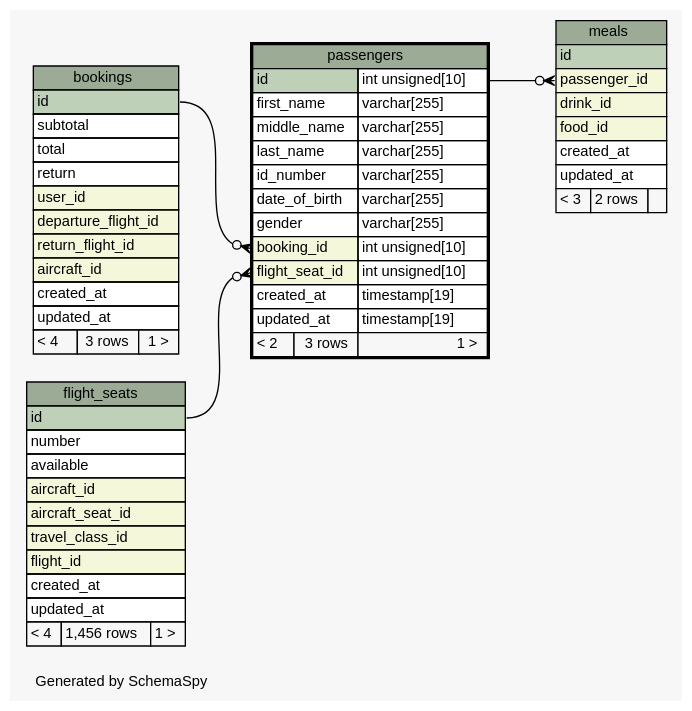
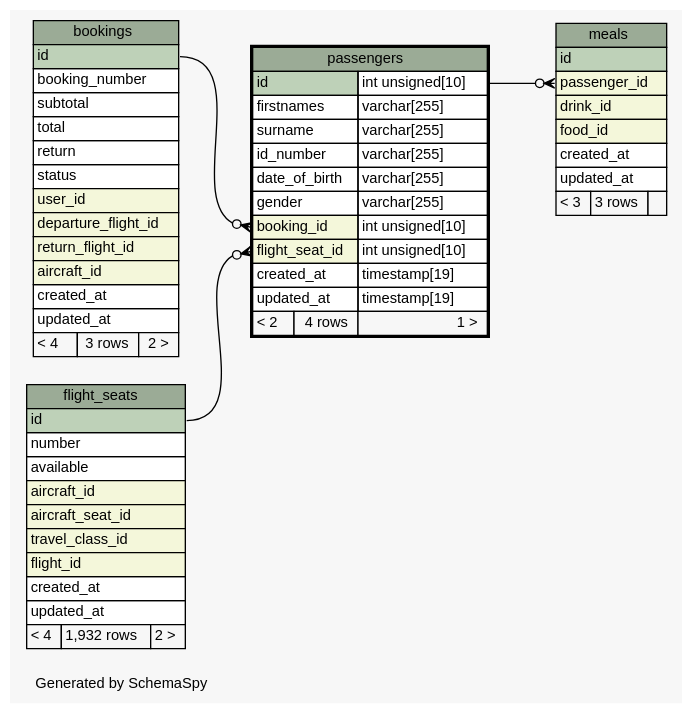
Before and after one commit to joaonzangoII/flightbookingsystem: the diagram in web/app/database/schema/diagrams/passengers.1degree.dot, drawn with Graphviz. The commit also changed 441 other files, not shown here.

```diff
--- a/web/app/database/schema/diagrams/passengers.1degree.dot
+++ b/web/app/database/schema/diagrams/passengers.1degree.dot
@@ -1,97 +1,98 @@
-// dot 2.38.0 on Linux 4.8.0-49-generic
+// dot 2.38.0 on Linux 4.10.0-21-generic
 // SchemaSpy rev 590
 digraph "oneDegreeRelationshipsDiagram" {
   graph [
     rankdir="RL"
     bgcolor="#f7f7f7"
     label="\nGenerated by SchemaSpy"
     labeljust="l"
     nodesep="0.18"
     ranksep="0.46"
     fontname="Helvetica"
     fontsize="11"
   ];
   node [
     fontname="Helvetica"
     fontsize="11"
     shape="plaintext"
   ];
   edge [
     arrowsize="0.8"
   ];
   "meals":"passenger_id":w -> "passengers":"id.type":e [arrowhead=none dir=back arrowtail=crowodot];
   "passengers":"booking_id":w -> "bookings":"id":e [arrowhead=none dir=back arrowtail=crowodot];
   "passengers":"flight_seat_id":w -> "flight_seats":"id":e [arrowhead=none dir=back arrowtail=crowodot];
   "bookings" [
     label=<
     <TABLE BORDER="0" CELLBORDER="1" CELLSPACING="0" BGCOLOR="#ffffff">
       <TR><TD COLSPAN="3" BGCOLOR="#9bab96" ALIGN="CENTER">bookings</TD></TR>
       <TR><TD PORT="id" COLSPAN="3" BGCOLOR="#bed1b8" ALIGN="LEFT">id</TD></TR>
+      <TR><TD PORT="booking_number" COLSPAN="3" ALIGN="LEFT">booking_number</TD></TR>
       <TR><TD PORT="subtotal" COLSPAN="3" ALIGN="LEFT">subtotal</TD></TR>
       <TR><TD PORT="total" COLSPAN="3" ALIGN="LEFT">total</TD></TR>
       <TR><TD PORT="return" COLSPAN="3" ALIGN="LEFT">return</TD></TR>
+      <TR><TD PORT="status" COLSPAN="3" ALIGN="LEFT">status</TD></TR>
       <TR><TD PORT="user_id" COLSPAN="3" BGCOLOR="#f4f7da" ALIGN="LEFT">user_id</TD></TR>
       <TR><TD PORT="departure_flight_id" COLSPAN="3" BGCOLOR="#f4f7da" ALIGN="LEFT">departure_flight_id</TD></TR>
       <TR><TD PORT="return_flight_id" COLSPAN="3" BGCOLOR="#f4f7da" ALIGN="LEFT">return_flight_id</TD></TR>
       <TR><TD PORT="aircraft_id" COLSPAN="3" BGCOLOR="#f4f7da" ALIGN="LEFT">aircraft_id</TD></TR>
       <TR><TD PORT="created_at" COLSPAN="3" ALIGN="LEFT">created_at</TD></TR>
       <TR><TD PORT="updated_at" COLSPAN="3" ALIGN="LEFT">updated_at</TD></TR>
-      <TR><TD ALIGN="LEFT" BGCOLOR="#f7f7f7">&lt; 4</TD><TD ALIGN="RIGHT" BGCOLOR="#f7f7f7">3 rows</TD><TD ALIGN="RIGHT" BGCOLOR="#f7f7f7">1 &gt;</TD></TR>
+      <TR><TD ALIGN="LEFT" BGCOLOR="#f7f7f7">&lt; 4</TD><TD ALIGN="RIGHT" BGCOLOR="#f7f7f7">3 rows</TD><TD ALIGN="RIGHT" BGCOLOR="#f7f7f7">2 &gt;</TD></TR>
     </TABLE>>
     URL="bookings.html"
     tooltip="bookings"
   ];
   "flight_seats" [
     label=<
     <TABLE BORDER="0" CELLBORDER="1" CELLSPACING="0" BGCOLOR="#ffffff">
       <TR><TD COLSPAN="3" BGCOLOR="#9bab96" ALIGN="CENTER">flight_seats</TD></TR>
       <TR><TD PORT="id" COLSPAN="3" BGCOLOR="#bed1b8" ALIGN="LEFT">id</TD></TR>
       <TR><TD PORT="number" COLSPAN="3" ALIGN="LEFT">number</TD></TR>
       <TR><TD PORT="available" COLSPAN="3" ALIGN="LEFT">available</TD></TR>
       <TR><TD PORT="aircraft_id" COLSPAN="3" BGCOLOR="#f4f7da" ALIGN="LEFT">aircraft_id</TD></TR>
       <TR><TD PORT="aircraft_seat_id" COLSPAN="3" BGCOLOR="#f4f7da" ALIGN="LEFT">aircraft_seat_id</TD></TR>
       <TR><TD PORT="travel_class_id" COLSPAN="3" BGCOLOR="#f4f7da" ALIGN="LEFT">travel_class_id</TD></TR>
       <TR><TD PORT="flight_id" COLSPAN="3" BGCOLOR="#f4f7da" ALIGN="LEFT">flight_id</TD></TR>
       <TR><TD PORT="created_at" COLSPAN="3" ALIGN="LEFT">created_at</TD></TR>
       <TR><TD PORT="updated_at" COLSPAN="3" ALIGN="LEFT">updated_at</TD></TR>
-      <TR><TD ALIGN="LEFT" BGCOLOR="#f7f7f7">&lt; 4</TD><TD ALIGN="RIGHT" BGCOLOR="#f7f7f7">1,456 rows</TD><TD ALIGN="RIGHT" BGCOLOR="#f7f7f7">1 &gt;</TD></TR>
+      <TR><TD ALIGN="LEFT" BGCOLOR="#f7f7f7">&lt; 4</TD><TD ALIGN="RIGHT" BGCOLOR="#f7f7f7">1,932 rows</TD><TD ALIGN="RIGHT" BGCOLOR="#f7f7f7">2 &gt;</TD></TR>
     </TABLE>>
     URL="flight_seats.html"
     tooltip="flight_seats"
   ];
   "meals" [
     label=<
     <TABLE BORDER="0" CELLBORDER="1" CELLSPACING="0" BGCOLOR="#ffffff">
       <TR><TD COLSPAN="3" BGCOLOR="#9bab96" ALIGN="CENTER">meals</TD></TR>
       <TR><TD PORT="id" COLSPAN="3" BGCOLOR="#bed1b8" ALIGN="LEFT">id</TD></TR>
       <TR><TD PORT="passenger_id" COLSPAN="3" BGCOLOR="#f4f7da" ALIGN="LEFT">passenger_id</TD></TR>
       <TR><TD PORT="drink_id" COLSPAN="3" BGCOLOR="#f4f7da" ALIGN="LEFT">drink_id</TD></TR>
       <TR><TD PORT="food_id" COLSPAN="3" BGCOLOR="#f4f7da" ALIGN="LEFT">food_id</TD></TR>
       <TR><TD PORT="created_at" COLSPAN="3" ALIGN="LEFT">created_at</TD></TR>
       <TR><TD PORT="updated_at" COLSPAN="3" ALIGN="LEFT">updated_at</TD></TR>
-      <TR><TD ALIGN="LEFT" BGCOLOR="#f7f7f7">&lt; 3</TD><TD ALIGN="RIGHT" BGCOLOR="#f7f7f7">2 rows</TD><TD ALIGN="RIGHT" BGCOLOR="#f7f7f7">  </TD></TR>
+      <TR><TD ALIGN="LEFT" BGCOLOR="#f7f7f7">&lt; 3</TD><TD ALIGN="RIGHT" BGCOLOR="#f7f7f7">3 rows</TD><TD ALIGN="RIGHT" BGCOLOR="#f7f7f7">  </TD></TR>
     </TABLE>>
     URL="meals.html"
     tooltip="meals"
   ];
   "passengers" [
     label=<
     <TABLE BORDER="2" CELLBORDER="1" CELLSPACING="0" BGCOLOR="#ffffff">
       <TR><TD COLSPAN="3" BGCOLOR="#9bab96" ALIGN="CENTER">passengers</TD></TR>
       <TR><TD PORT="id" COLSPAN="2" BGCOLOR="#bed1b8" ALIGN="LEFT">id</TD><TD PORT="id.type" ALIGN="LEFT">int unsigned[10]</TD></TR>
-      <TR><TD PORT="first_name" COLSPAN="2" ALIGN="LEFT">first_name</TD><TD PORT="first_name.type" ALIGN="LEFT">varchar[255]</TD></TR>
-      <TR><TD PORT="middle_name" COLSPAN="2" ALIGN="LEFT">middle_name</TD><TD PORT="middle_name.type" ALIGN="LEFT">varchar[255]</TD></TR>
-      <TR><TD PORT="last_name" COLSPAN="2" ALIGN="LEFT">last_name</TD><TD PORT="last_name.type" ALIGN="LEFT">varchar[255]</TD></TR>
+      <TR><TD PORT="firstnames" COLSPAN="2" ALIGN="LEFT">firstnames</TD><TD PORT="firstnames.type" ALIGN="LEFT">varchar[255]</TD></TR>
+      <TR><TD PORT="surname" COLSPAN="2" ALIGN="LEFT">surname</TD><TD PORT="surname.type" ALIGN="LEFT">varchar[255]</TD></TR>
       <TR><TD PORT="id_number" COLSPAN="2" ALIGN="LEFT">id_number</TD><TD PORT="id_number.type" ALIGN="LEFT">varchar[255]</TD></TR>
       <TR><TD PORT="date_of_birth" COLSPAN="2" ALIGN="LEFT">date_of_birth</TD><TD PORT="date_of_birth.type" ALIGN="LEFT">varchar[255]</TD></TR>
       <TR><TD PORT="gender" COLSPAN="2" ALIGN="LEFT">gender</TD><TD PORT="gender.type" ALIGN="LEFT">varchar[255]</TD></TR>
       <TR><TD PORT="booking_id" COLSPAN="2" BGCOLOR="#f4f7da" ALIGN="LEFT">booking_id</TD><TD PORT="booking_id.type" ALIGN="LEFT">int unsigned[10]</TD></TR>
       <TR><TD PORT="flight_seat_id" COLSPAN="2" BGCOLOR="#f4f7da" ALIGN="LEFT">flight_seat_id</TD><TD PORT="flight_seat_id.type" ALIGN="LEFT">int unsigned[10]</TD></TR>
       <TR><TD PORT="created_at" COLSPAN="2" ALIGN="LEFT">created_at</TD><TD PORT="created_at.type" ALIGN="LEFT">timestamp[19]</TD></TR>
       <TR><TD PORT="updated_at" COLSPAN="2" ALIGN="LEFT">updated_at</TD><TD PORT="updated_at.type" ALIGN="LEFT">timestamp[19]</TD></TR>
-      <TR><TD ALIGN="LEFT" BGCOLOR="#f7f7f7">&lt; 2</TD><TD ALIGN="RIGHT" BGCOLOR="#f7f7f7">3 rows</TD><TD ALIGN="RIGHT" BGCOLOR="#f7f7f7">1 &gt;</TD></TR>
+      <TR><TD ALIGN="LEFT" BGCOLOR="#f7f7f7">&lt; 2</TD><TD ALIGN="RIGHT" BGCOLOR="#f7f7f7">4 rows</TD><TD ALIGN="RIGHT" BGCOLOR="#f7f7f7">1 &gt;</TD></TR>
     </TABLE>>
     URL="passengers.html"
     tooltip="passengers"
   ];
 }
```
